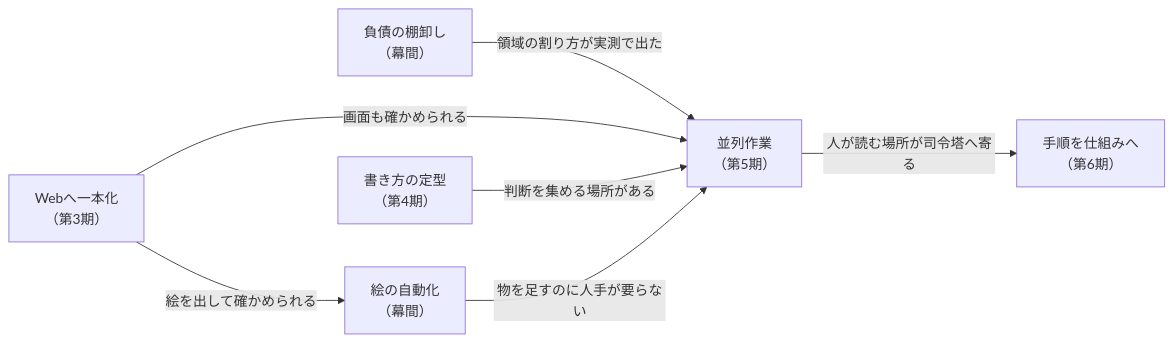
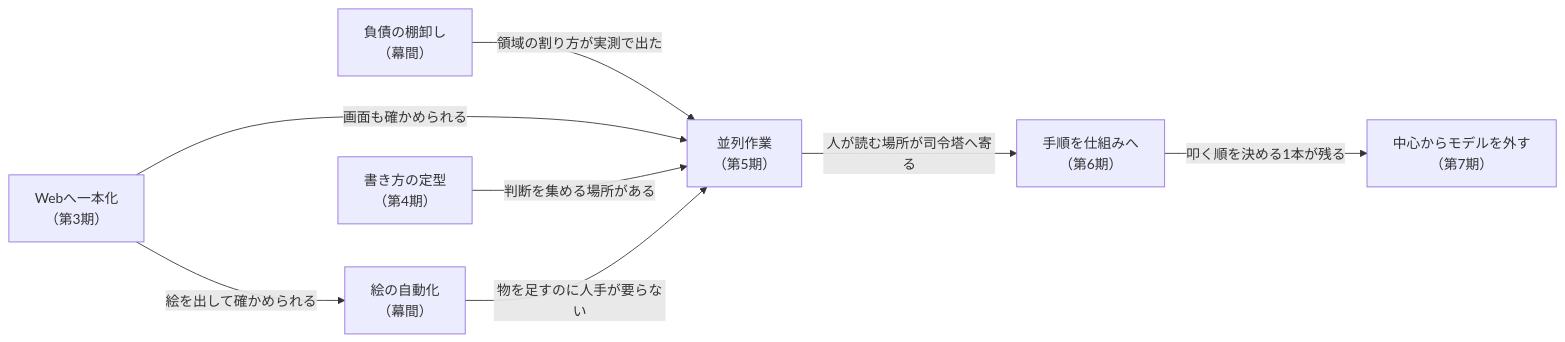
One commit to gooyyu1/UnmappedIsland changed the second of 2 diagrams in docs/HowWeGotHere.md. Above: the diagram before and after it, drawn with Mermaid. The commit also changed other lines of this file and 16 other files, not shown here.

````diff
--- a/docs/HowWeGotHere.md
+++ b/docs/HowWeGotHere.md
@@ -493,9 +616,10 @@
 ```mermaid
 flowchart LR
     A["Webへ一本化<br/>（第3期）"] -->|"絵を出して確かめられる"| E["絵の自動化<br/>（幕間）"]
     C["負債の棚卸し<br/>（幕間）"] -->|"領域の割り方が実測で出た"| D["並列作業<br/>（第5期）"]
     A -->|"画面も確かめられる"| D
     B["書き方の定型<br/>（第4期）"] -->|"判断を集める場所がある"| D
     E -->|"物を足すのに人手が要らない"| D
     D -->|"人が読む場所が司令塔へ寄る"| F["手順を仕組みへ<br/>（第6期）"]
+    F -->|"叩く順を決める1本が残る"| G["中心からモデルを外す<br/>（第7期）"]
 ```
````
